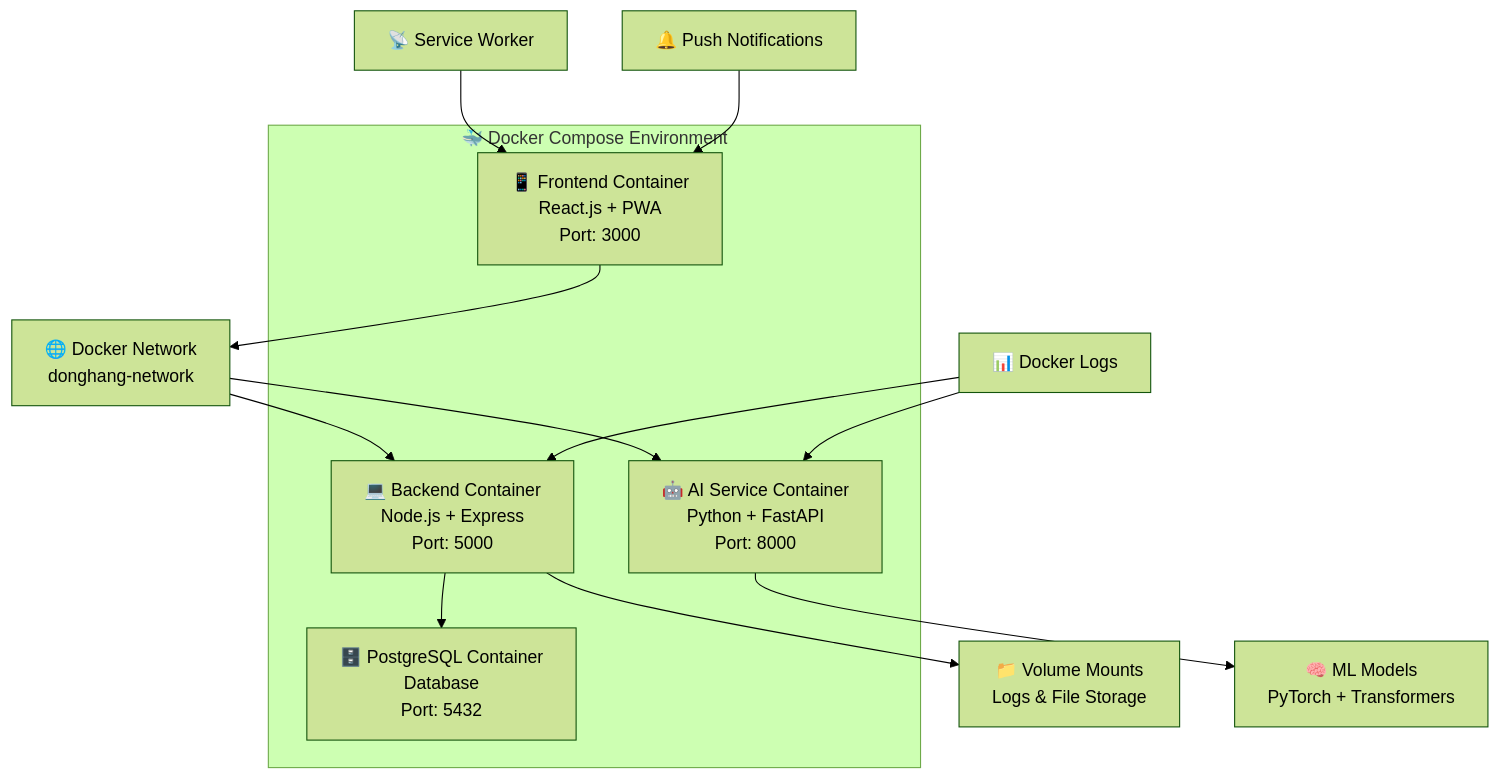
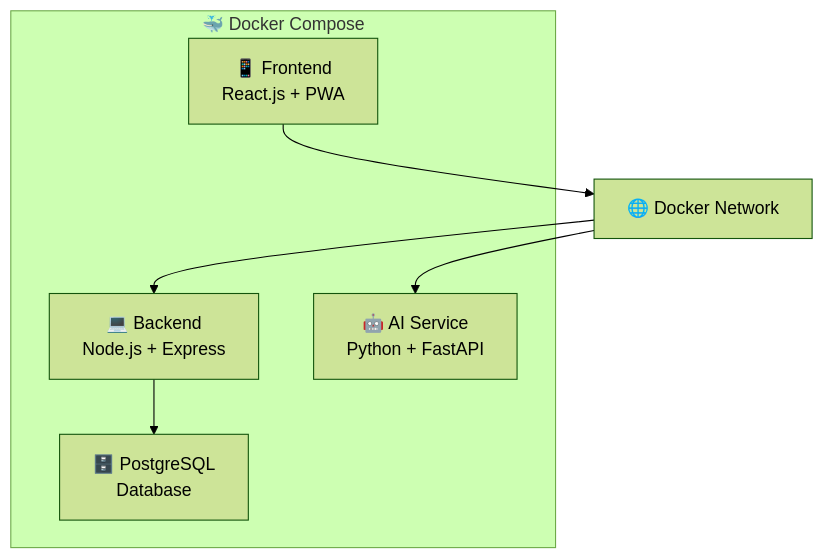
Before and after one commit to woojung1234/donghang_f: the diagram in README.md, drawn with Mermaid (forest theme). The commit also changed other lines of this file and 2 other files, not shown here.

````diff
--- a/README.md
+++ b/README.md
@@ -30,21 +35,14 @@
 ```mermaid
 graph TD
-    A[📱 Frontend Container<br/>React.js + PWA<br/>Port: 3000] --> B[🌐 Docker Network<br/>donghang-network]
-    B --> C[💻 Backend Container<br/>Node.js + Express<br/>Port: 5000]
-    B --> D[🤖 AI Service Container<br/>Python + FastAPI<br/>Port: 8000]
-    C --> E[🗄️ PostgreSQL Container<br/>Database<br/>Port: 5432]
-    C --> F[📁 Volume Mounts<br/>Logs & File Storage]
-    D --> G[🧠 ML Models<br/>PyTorch + Transformers]
+    A[📱 Frontend<br/>React.js + PWA] --> B[🌐 Docker Network]
+    B --> C[💻 Backend<br/>Node.js + Express]
+    B --> D[🤖 AI Service<br/>Python + FastAPI]
+    C --> E[🗄️ PostgreSQL<br/>Database]
     
-    H[📡 Service Worker] --> A
-    I[🔔 Push Notifications] --> A
-    J[📊 Docker Logs] --> C
-    J --> D
-    
-    subgraph "🐳 Docker Compose Environment"
+    subgraph "🐳 Docker Compose"
         A
         C
         D
         E
     end
 ```
````
